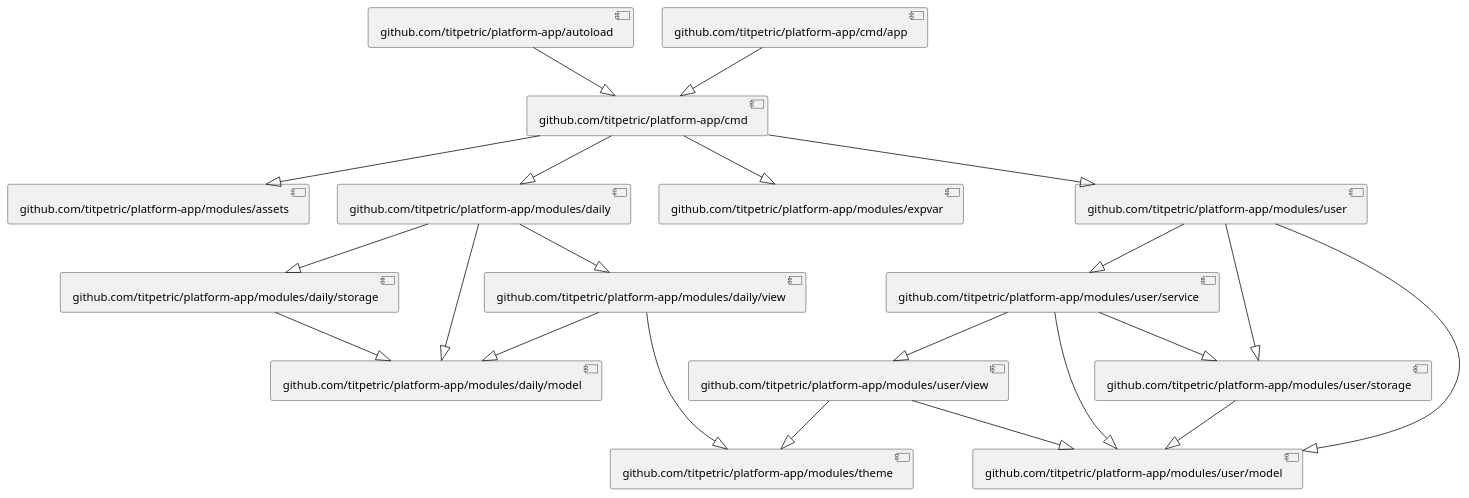
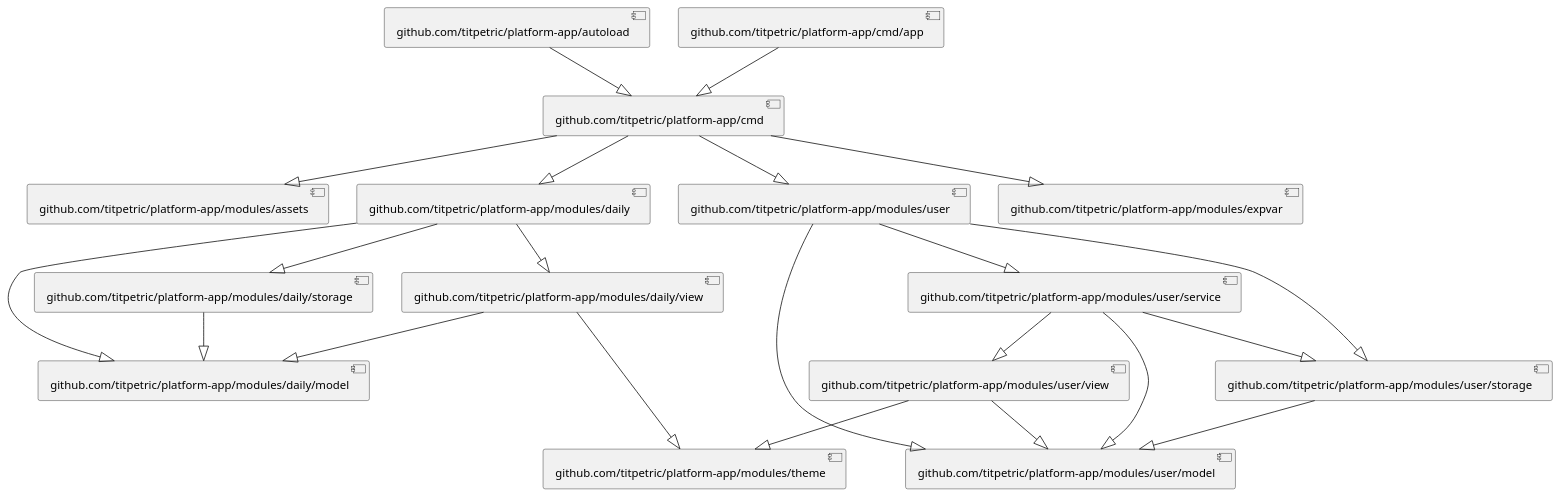
One commit to titpetric/platform-app changed the diagram in docs/imports.puml. Above: the diagram before and after it, drawn with PlantUML. The commit also changed other lines of this file and 1 other file, not shown here.

```diff
--- a/docs/imports.puml
+++ b/docs/imports.puml
@@ -1,23 +1,23 @@
 @startuml
 [github.com/titpetric/platform-app/autoload] --|> [github.com/titpetric/platform-app/cmd]
 [github.com/titpetric/platform-app/cmd] --|> [github.com/titpetric/platform-app/modules/assets]
 [github.com/titpetric/platform-app/cmd] --|> [github.com/titpetric/platform-app/modules/daily]
 [github.com/titpetric/platform-app/cmd] --|> [github.com/titpetric/platform-app/modules/expvar]
 [github.com/titpetric/platform-app/cmd] --|> [github.com/titpetric/platform-app/modules/user]
 [github.com/titpetric/platform-app/cmd/app] --|> [github.com/titpetric/platform-app/cmd]
+[github.com/titpetric/platform-app/modules/daily] --|> [github.com/titpetric/platform-app/modules/daily/model]
 [github.com/titpetric/platform-app/modules/daily] --|> [github.com/titpetric/platform-app/modules/daily/storage]
-[github.com/titpetric/platform-app/modules/daily] --|> [github.com/titpetric/platform-app/modules/daily/model]
 [github.com/titpetric/platform-app/modules/daily] --|> [github.com/titpetric/platform-app/modules/daily/view]
 [github.com/titpetric/platform-app/modules/daily/storage] --|> [github.com/titpetric/platform-app/modules/daily/model]
 [github.com/titpetric/platform-app/modules/daily/view] --|> [github.com/titpetric/platform-app/modules/daily/model]
 [github.com/titpetric/platform-app/modules/daily/view] --|> [github.com/titpetric/platform-app/modules/theme]
+[github.com/titpetric/platform-app/modules/user] --|> [github.com/titpetric/platform-app/modules/user/model]
 [github.com/titpetric/platform-app/modules/user] --|> [github.com/titpetric/platform-app/modules/user/service]
 [github.com/titpetric/platform-app/modules/user] --|> [github.com/titpetric/platform-app/modules/user/storage]
-[github.com/titpetric/platform-app/modules/user] --|> [github.com/titpetric/platform-app/modules/user/model]
 [github.com/titpetric/platform-app/modules/user/service] --|> [github.com/titpetric/platform-app/modules/user/model]
 [github.com/titpetric/platform-app/modules/user/service] --|> [github.com/titpetric/platform-app/modules/user/storage]
 [github.com/titpetric/platform-app/modules/user/service] --|> [github.com/titpetric/platform-app/modules/user/view]
 [github.com/titpetric/platform-app/modules/user/storage] --|> [github.com/titpetric/platform-app/modules/user/model]
 [github.com/titpetric/platform-app/modules/user/view] --|> [github.com/titpetric/platform-app/modules/theme]
 [github.com/titpetric/platform-app/modules/user/view] --|> [github.com/titpetric/platform-app/modules/user/model]
 @enduml
```
